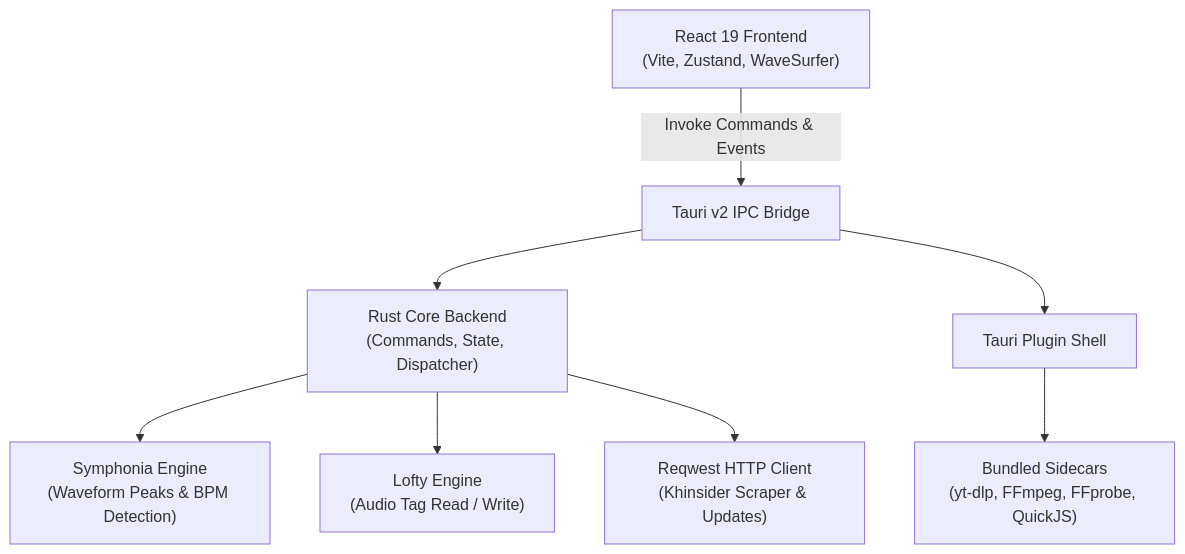
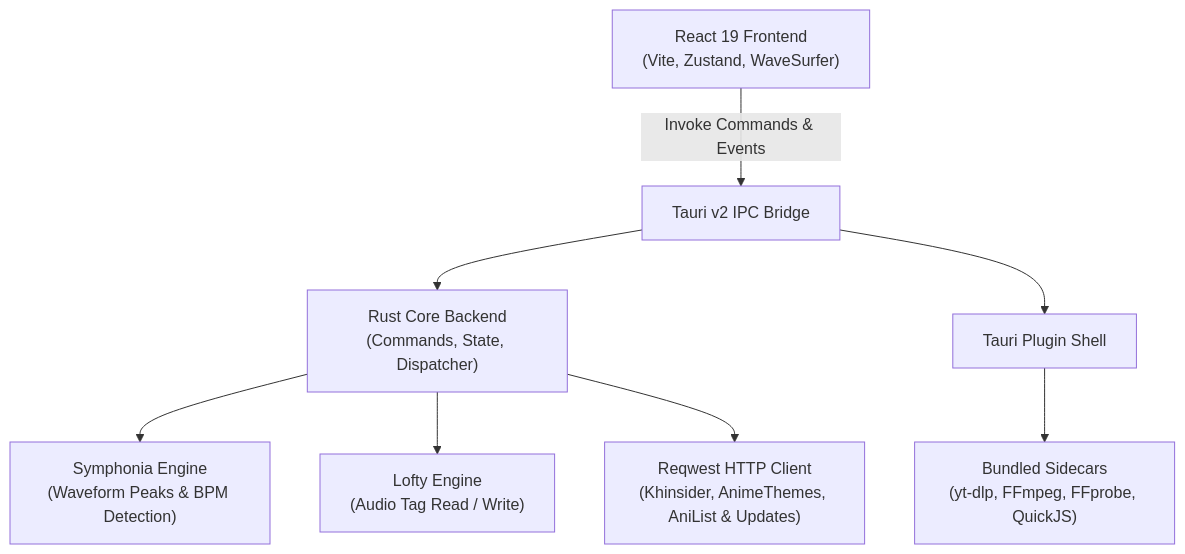
One commit to rwbu69/eltoolkitde_rwbu changed the diagram in README.md. Above: the diagram before and after it, drawn with Mermaid. The commit also changed other lines of this file and 38 other files, not shown here.

````diff
--- a/README.md
+++ b/README.md
@@ -158,19 +204,19 @@
 ```mermaid
 flowchart TD
     UI["React 19 Frontend<br/>(Vite, Zustand, WaveSurfer)"]
     IPC["Tauri v2 IPC Bridge"]
     RUST["Rust Core Backend<br/>(Commands, State, Dispatcher)"]
     SYM["Symphonia Engine<br/>(Waveform Peaks & BPM Detection)"]
     LOF["Lofty Engine<br/>(Audio Tag Read / Write)"]
-    HTTP["Reqwest HTTP Client<br/>(Khinsider Scraper & Updates)"]
+    HTTP["Reqwest HTTP Client<br/>(Khinsider, AnimeThemes, AniList & Updates)"]
     SHELL["Tauri Plugin Shell"]
     SC["Bundled Sidecars<br/>(yt-dlp, FFmpeg, FFprobe, QuickJS)"]
 
     UI -->|Invoke Commands & Events| IPC
     IPC --> RUST
     RUST --> SYM
     RUST --> LOF
     RUST --> HTTP
     IPC --> SHELL
     SHELL --> SC
 ```
````
